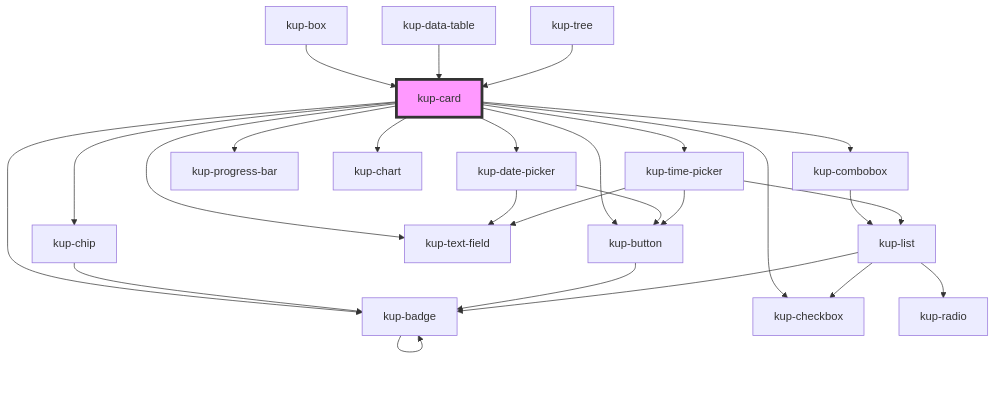
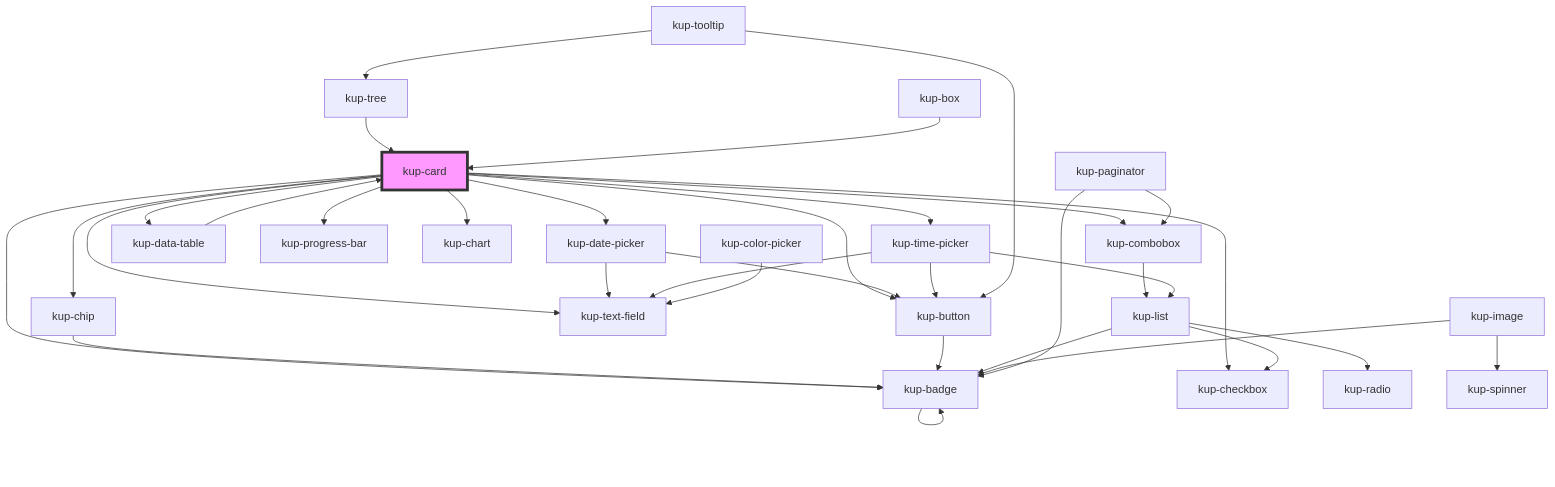
One commit to smeup/ketchup changed the diagram in packages/ketchup/src/components/kup-card/readme.md. Above: the diagram before and after it, drawn with Mermaid. The commit also changed other lines of this file and 11 other files, not shown here.

````diff
--- a/packages/ketchup/src/components/kup-card/readme.md
+++ b/packages/ketchup/src/components/kup-card/readme.md
@@ -95,29 +96,37 @@
 ```mermaid
 graph TD;
   kup-card --> kup-chip
   kup-card --> kup-badge
   kup-card --> kup-button
   kup-card --> kup-checkbox
   kup-card --> kup-combobox
   kup-card --> kup-date-picker
   kup-card --> kup-text-field
   kup-card --> kup-time-picker
+  kup-card --> kup-data-table
   kup-card --> kup-progress-bar
   kup-card --> kup-chart
   kup-chip --> kup-badge
   kup-badge --> kup-badge
   kup-button --> kup-badge
   kup-combobox --> kup-list
   kup-list --> kup-radio
   kup-list --> kup-checkbox
   kup-list --> kup-badge
   kup-date-picker --> kup-text-field
   kup-date-picker --> kup-button
   kup-time-picker --> kup-text-field
   kup-time-picker --> kup-button
   kup-time-picker --> kup-list
+  kup-data-table --> kup-card
+  kup-tooltip --> kup-button
+  kup-tooltip --> kup-tree
+  kup-tree --> kup-card
+  kup-image --> kup-spinner
+  kup-image --> kup-badge
+  kup-color-picker --> kup-text-field
+  kup-paginator --> kup-combobox
+  kup-paginator --> kup-badge
   kup-box --> kup-card
-  kup-data-table --> kup-card
-  kup-tree --> kup-card
   style kup-card fill:#f9f,stroke:#333,stroke-width:4px
 ```
````
